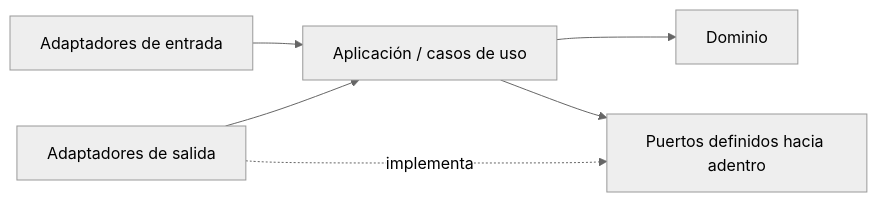
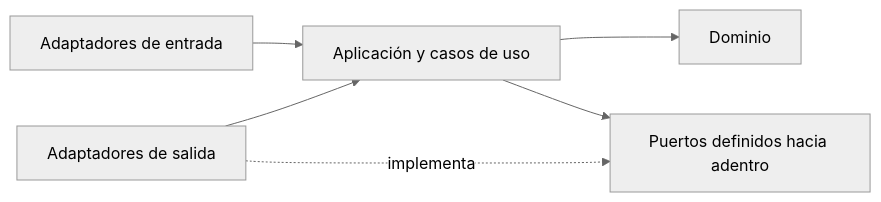
One commit to guilledpn/KNwS7F_2a2LZ7MS changed the diagram in docs/architecture/target-monorepo-structure.md. Above: the diagram before and after it, drawn with Mermaid (neutral theme). The commit also changed other lines of this file, not shown here.

Commit message:
docs(architecture): reconciliar LCD de estructura objetivo

````diff
--- a/docs/architecture/target-monorepo-structure.md
+++ b/docs/architecture/target-monorepo-structure.md
@@ -167,8 +174,8 @@
 ```mermaid
 flowchart LR
-    UI[Adaptadores de entrada] --> APP[Aplicación / casos de uso]
+    UI[Adaptadores de entrada] --> APP[Aplicación y casos de uso]
     APP --> DOMAIN[Dominio]
     INFRA[Adaptadores de salida] --> APP
     APP --> PORTS[Puertos definidos hacia adentro]
     INFRA -. implementa .-> PORTS
 ```
````
